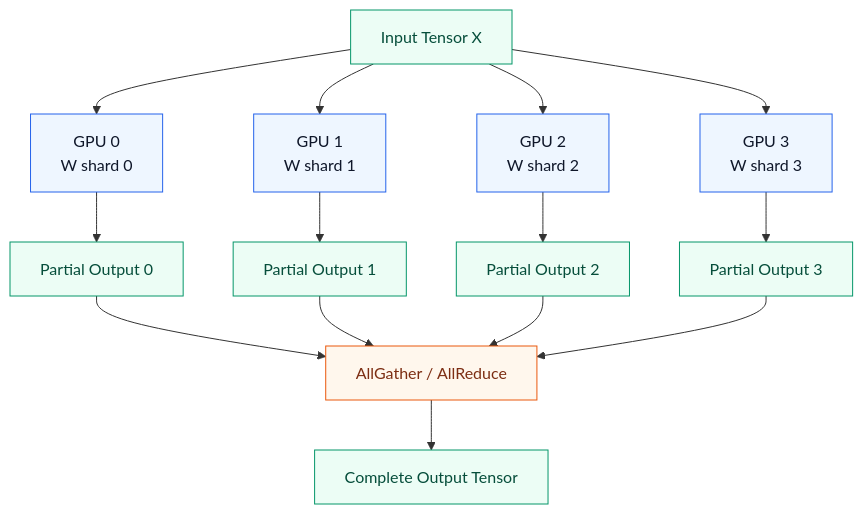
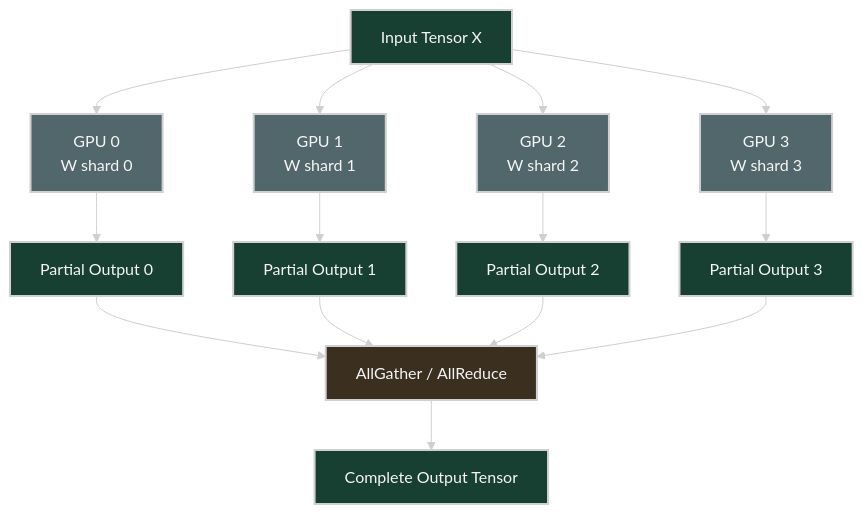
The sixth of 12 diagrams in deep-learning-for-network-engineers/week03/README.md (ziwon/ai-data-center-network), drawn with Mermaid before and after one commit. The commit also changed other lines of this file and 35 other files, not shown here.

Commit message:
docs(mermaid): apply dark diagram style

````diff
--- a/deep-learning-for-network-engineers/week03/README.md
+++ b/deep-learning-for-network-engineers/week03/README.md
@@ -326,25 +331,26 @@
 ```mermaid
+%%{init: {"theme": "base", "themeVariables": {"background": "#171717", "primaryColor": "#232323", "primaryTextColor": "#f5f5f5", "primaryBorderColor": "#d0d0d0", "lineColor": "#cfcfcf", "fontFamily": "Inter, Arial, sans-serif"}}}%%
 flowchart TB
-    classDef gpu fill:#eef6ff,stroke:#2563eb,color:#0f172a
-    classDef mat fill:#ecfdf5,stroke:#059669,color:#064e3b
-    classDef sync fill:#fff7ed,stroke:#ea580c,color:#7c2d12
+    classDef gpu fill:#52676b,stroke:#d0d0d0,color:#f5f5f5,stroke-width:2px;
+    classDef mat fill:#173f32,stroke:#d0d0d0,color:#f5f5f5,stroke-width:2px;
+    classDef sync fill:#3b2f20,stroke:#d0d0d0,color:#f5f5f5,stroke-width:2px;
 
     X[Input Tensor X]:::mat
 
     X --> G0[GPU 0<br/>W shard 0]:::gpu
     X --> G1[GPU 1<br/>W shard 1]:::gpu
     X --> G2[GPU 2<br/>W shard 2]:::gpu
     X --> G3[GPU 3<br/>W shard 3]:::gpu
 
     G0 --> P0[Partial Output 0]:::mat
     G1 --> P1[Partial Output 1]:::mat
     G2 --> P2[Partial Output 2]:::mat
     G3 --> P3[Partial Output 3]:::mat
 
     P0 --> AG[AllGather / AllReduce]:::sync
     P1 --> AG
     P2 --> AG
     P3 --> AG
 
     AG --> Y[Complete Output Tensor]:::mat
 ```
````
